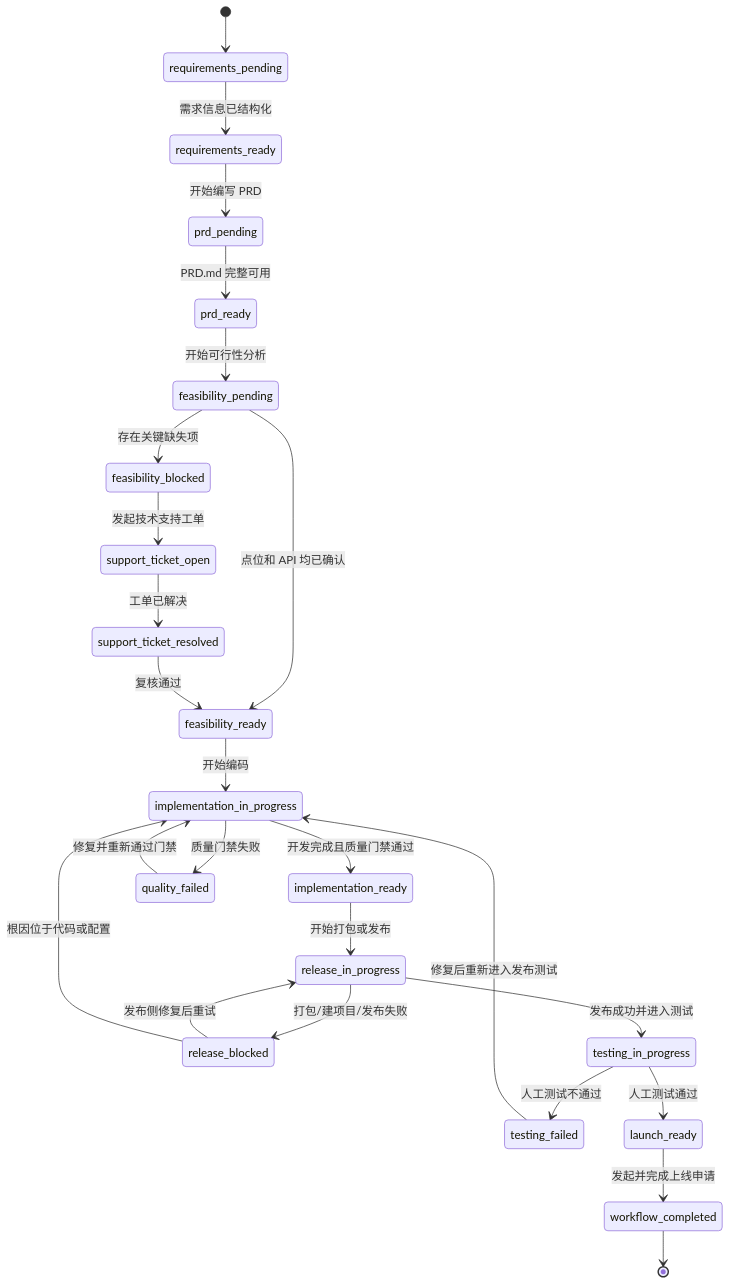
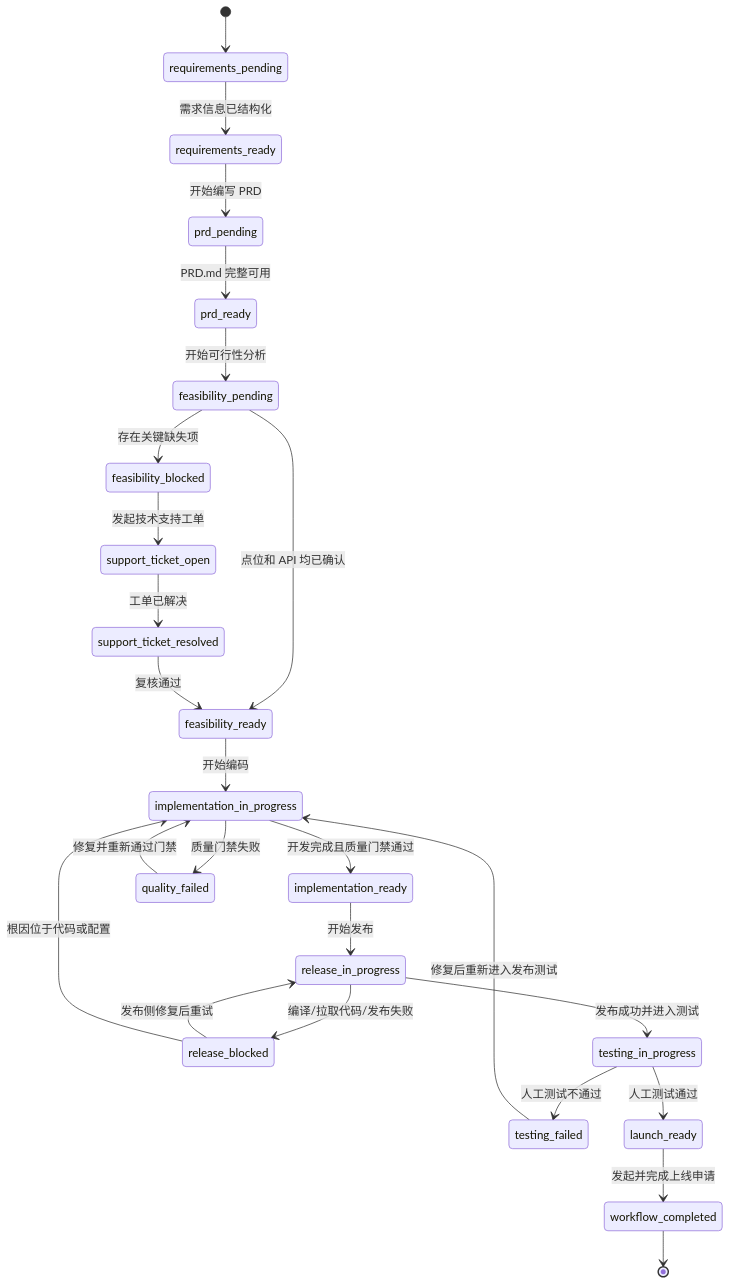
One commit to xrxs-platform/xrxs-plugin-workflow changed the diagram in SKILL.md. Above: the diagram before and after it, drawn with Mermaid. The commit also changed other lines of this file and 12 other files, not shown here.

````diff
--- a/SKILL.md
+++ b/SKILL.md
@@ -153,33 +169,33 @@
 ```mermaid
 stateDiagram-v2
     [*] --> requirements_pending
 
     requirements_pending --> requirements_ready: 需求信息已结构化
     requirements_ready --> prd_pending: 开始编写 PRD
     prd_pending --> prd_ready: PRD.md 完整可用
     prd_ready --> feasibility_pending: 开始可行性分析
 
     feasibility_pending --> feasibility_ready: 点位和 API 均已确认
     feasibility_pending --> feasibility_blocked: 存在关键缺失项
     feasibility_blocked --> support_ticket_open: 发起技术支持工单
     support_ticket_open --> support_ticket_resolved: 工单已解决
     support_ticket_resolved --> feasibility_ready: 复核通过
 
     feasibility_ready --> implementation_in_progress: 开始编码
     implementation_in_progress --> implementation_ready: 开发完成且质量门禁通过
     implementation_in_progress --> quality_failed: 质量门禁失败
     quality_failed --> implementation_in_progress: 修复并重新通过门禁
 
-    implementation_ready --> release_in_progress: 开始打包或发布
-    release_in_progress --> release_blocked: 打包/建项目/发布失败
+    implementation_ready --> release_in_progress: 开始发布
+    release_in_progress --> release_blocked: 编译/拉取代码/发布失败
     release_in_progress --> testing_in_progress: 发布成功并进入测试
     release_blocked --> release_in_progress: 发布侧修复后重试
     release_blocked --> implementation_in_progress: 根因位于代码或配置
 
     testing_in_progress --> testing_failed: 人工测试不通过
     testing_in_progress --> launch_ready: 人工测试通过
     testing_failed --> implementation_in_progress: 修复后重新进入发布测试
 
     launch_ready --> workflow_completed: 发起并完成上线申请
     workflow_completed --> [*]
 ```
````
